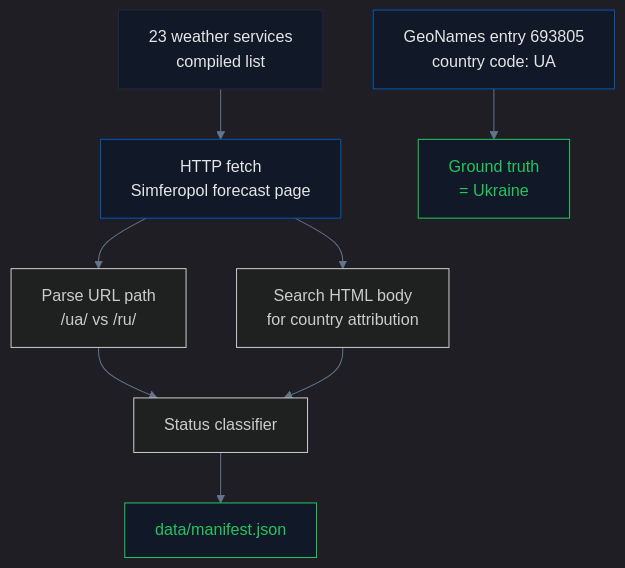
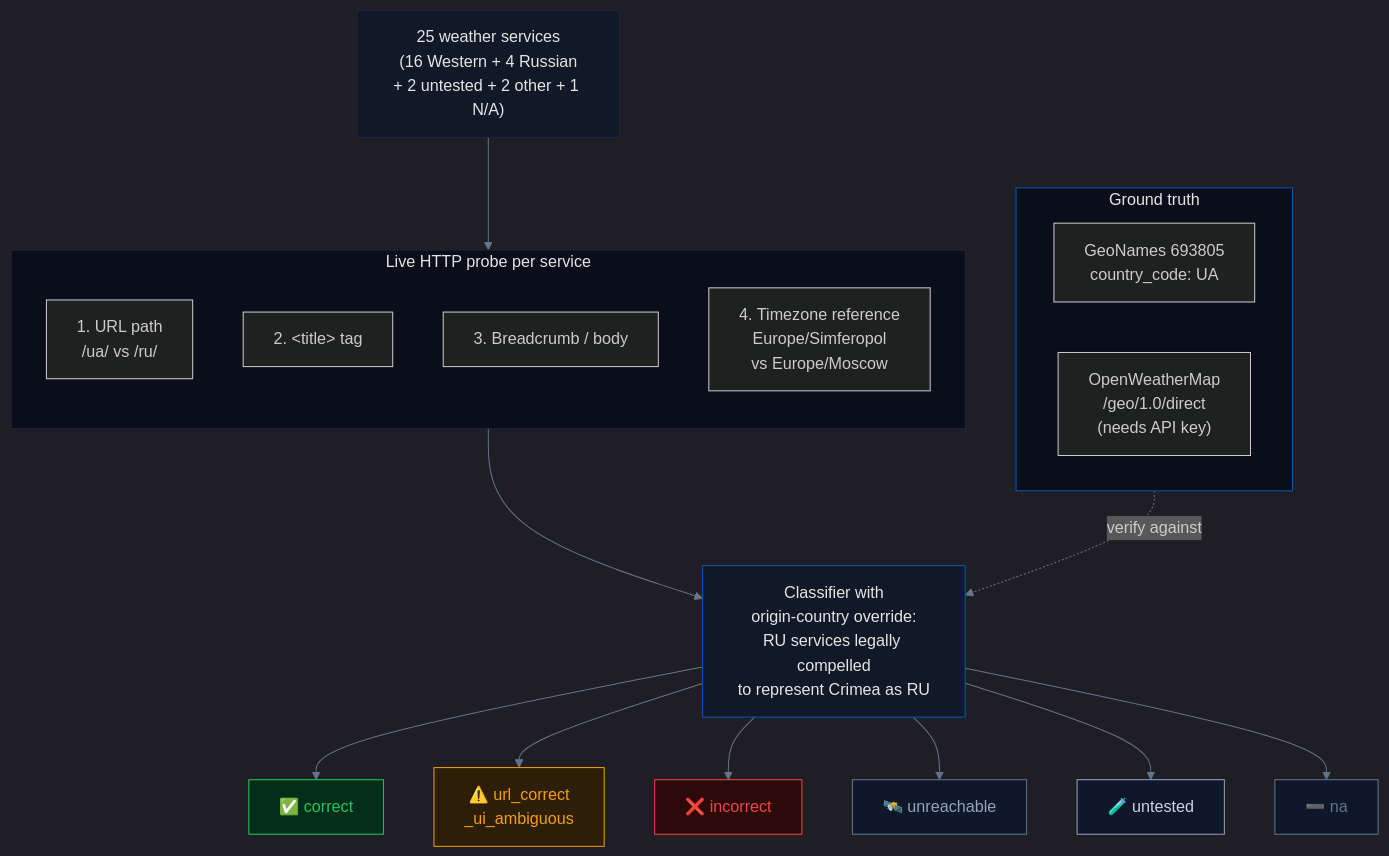
The first of 2 diagrams in pipelines/weather/README.md (IvanDobrovolsky/crimeaisukraine), drawn with Mermaid before and after one commit. The commit also changed other lines of this file and 7 other files, not shown here.

````diff
--- a/pipelines/weather/README.md
+++ b/pipelines/weather/README.md
@@ -39,17 +37,41 @@
 ```mermaid
 %%{init: {'theme': 'dark', 'themeVariables': {'primaryColor': '#0057b7', 'primaryTextColor': '#e5e5e5', 'lineColor': '#64748b', 'primaryBorderColor': '#1e293b'}}}%%
-graph TB
-    A["23 weather services<br/>compiled list"] --> B["HTTP fetch<br/>Simferopol forecast page"]
-    B --> C["Parse URL path<br/>/ua/ vs /ru/"]
-    B --> D["Search HTML body<br/>for country attribution"]
-    C --> E["Status classifier"]
-    D --> E
-    F["GeoNames entry 693805<br/>country code: UA"] --> G["Ground truth<br/>= Ukraine"]
-    E --> H["data/manifest.json"]
+flowchart TB
+    A["25 weather services<br/>(16 Western + 4 Russian<br/>+ 2 untested + 2 other + 1 N/A)"] --> P1
+
+    subgraph GROUND["Ground truth"]
+        direction LR
+        GN["GeoNames 693805<br/>country_code: UA"]
+        OWM["OpenWeatherMap<br/>/geo/1.0/direct<br/>(needs API key)"]
+    end
+
+    subgraph P1["Live HTTP probe per service"]
+        direction TB
+        S1["1. URL path<br/>/ua/ vs /ru/"]
+        S2["2. &lt;title&gt; tag"]
+        S3["3. Breadcrumb / body"]
+        S4["4. Timezone reference<br/>Europe/Simferopol<br/>vs Europe/Moscow"]
+    end
+
+    P1 --> CLS["Classifier with<br/>origin-country override:<br/>RU services legally compelled<br/>to represent Crimea as RU"]
+
+    CLS --> R1[✅ correct]
+    CLS --> R2[⚠️ url_correct<br/>_ui_ambiguous]
+    CLS --> R3[❌ incorrect]
+    CLS --> R4[🛰️ unreachable]
+    CLS --> R5[🧪 untested]
+    CLS --> R6[➖ na]
+
+    GROUND -.->|verify against| CLS
 
     style A fill:#111827,stroke:#1e293b,color:#e5e5e5
-    style B fill:#111827,stroke:#0057b7,color:#e5e5e5
-    style F fill:#111827,stroke:#0057b7,color:#e5e5e5
-    style G fill:#111827,stroke:#22c55e,color:#22c55e
-    style H fill:#111827,stroke:#22c55e,color:#22c55e
+    style GROUND fill:#0a0e1a,stroke:#0057b7,color:#e5e5e5
+    style P1 fill:#0a0e1a,stroke:#1e293b,color:#e5e5e5
+    style CLS fill:#111827,stroke:#0057b7,color:#e5e5e5
+    style R1 fill:#052e1a,stroke:#22c55e,color:#22c55e
+    style R2 fill:#2d1f07,stroke:#f59e0b,color:#f59e0b
+    style R3 fill:#2d0a0a,stroke:#ef4444,color:#ef4444
+    style R4 fill:#0f172a,stroke:#64748b,color:#94a3b8
+    style R5 fill:#0f172a,stroke:#94a3b8,color:#cbd5e1
+    style R6 fill:#0f172a,stroke:#64748b,color:#64748b
 ```
````
